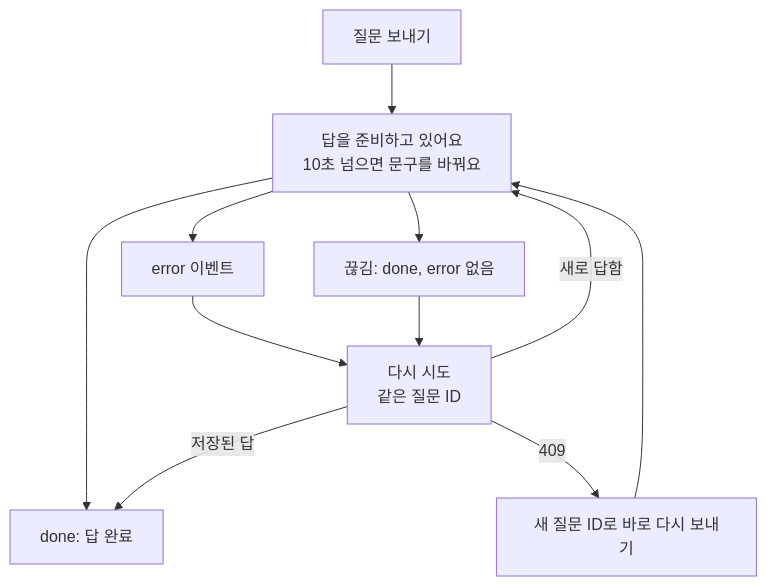
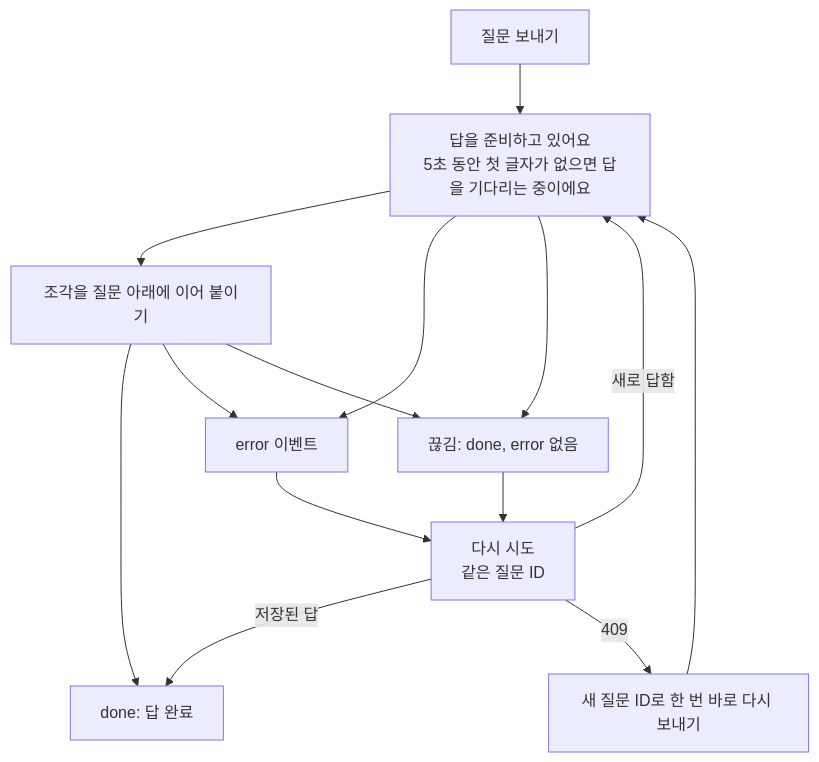
Before and after one commit to hm1n/silo-4th: the fourth of 4 diagrams in _docs/output/2026-11-03-question-server.md, drawn with Mermaid. The commit also changed other lines of this file and 1 other file, not shown here.

````diff
--- a/_docs/output/2026-11-03-question-server.md
+++ b/_docs/output/2026-11-03-question-server.md
@@ -141,13 +150,16 @@
 ```mermaid
 flowchart TD
-  Send["질문 보내기"] --> Wait["답을 준비하고 있어요<br/>10초 넘으면 문구를 바꿔요"]
-  Wait --> Done["done: 답 완료"]
+  Send["질문 보내기"] --> Wait["답을 준비하고 있어요<br/>5초 동안 첫 글자가 없으면 답을 기다리는 중이에요"]
+  Wait --> Stream["조각을 질문 아래에 이어 붙이기"]
+  Stream --> Done["done: 답 완료"]
   Wait --> Err["error 이벤트"]
+  Stream --> Err
   Wait --> Cut["끊김: done, error 없음"]
+  Stream --> Cut
   Err --> Retry["다시 시도<br/>같은 질문 ID"]
   Cut --> Retry
   Retry -->|저장된 답| Done
   Retry -->|새로 답함| Wait
-  Retry -->|409| NewId["새 질문 ID로 바로 다시 보내기"]
+  Retry -->|409| NewId["새 질문 ID로 한 번 바로 다시 보내기"]
   NewId --> Wait
 ```
````
